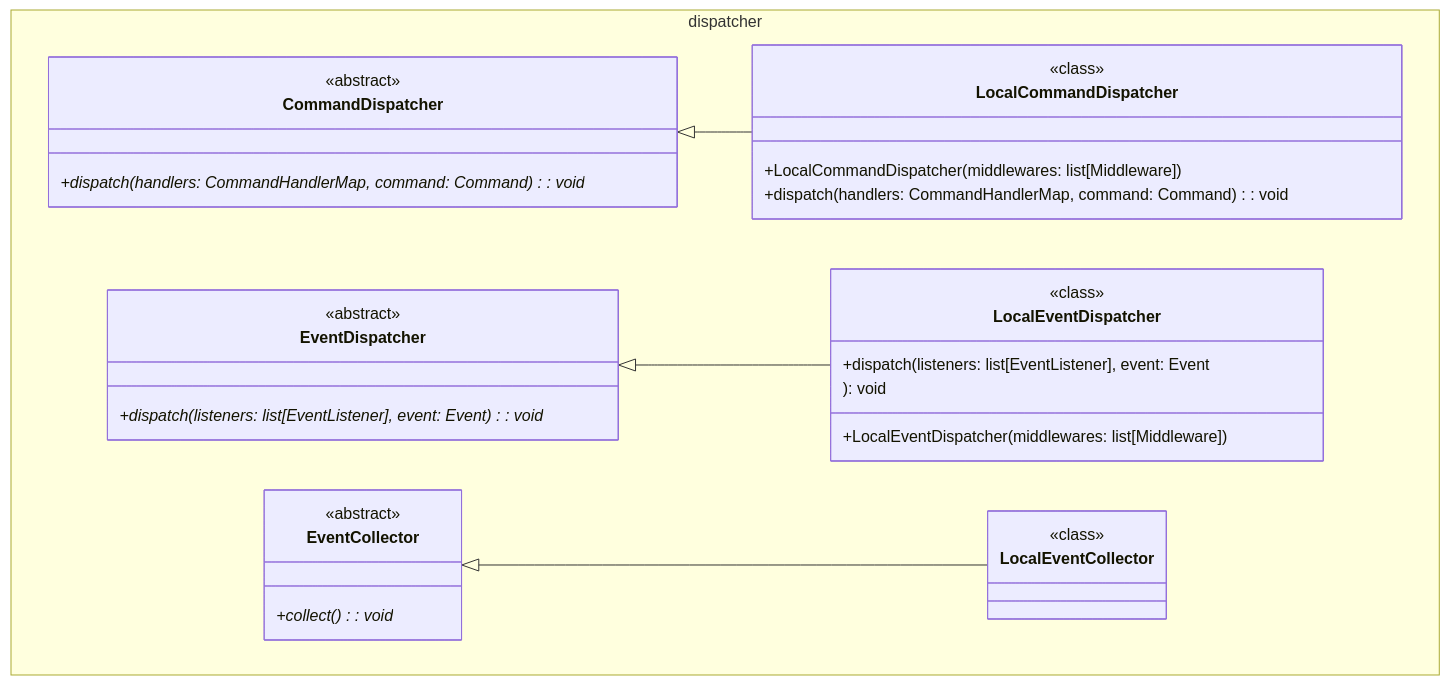
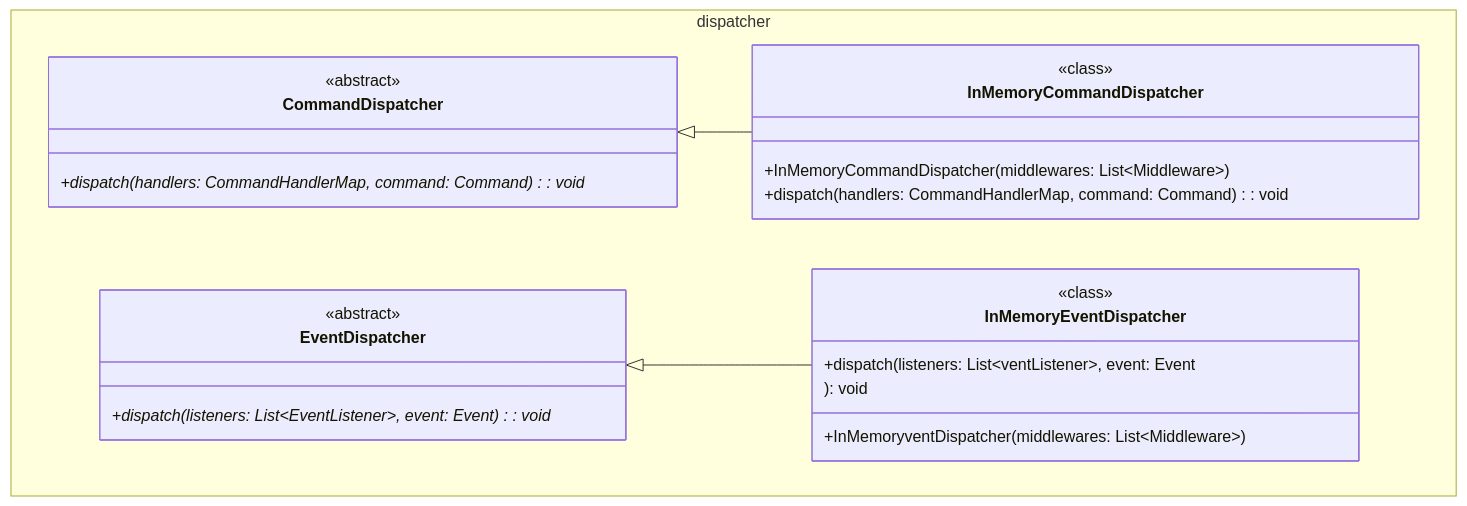
One commit to donsprallo/wemux changed the sixth of 7 diagrams in docs/classes.md. Above: the diagram before and after it, drawn with Mermaid. The commit also changed other lines of this file and 6 other files, not shown here.

````diff
--- a/docs/classes.md
+++ b/docs/classes.md
@@ -79,39 +101,29 @@
 ```mermaid
 classDiagram
     namespace dispatcher {
         class CommandDispatcher {
             <<abstract>>
             +dispatch(handlers: CommandHandlerMap, command: Command): void*
         }
 
         class EventDispatcher {
             <<abstract>>
-            +dispatch(listeners: list[EventListener], event: Event): void*
+            +dispatch(listeners: List~EventListener~, event: Event): void*
         }
 
-        class EventCollector {
-            <<abstract>>
-            +collect(): void*
-        }
-
-        class LocalEventCollector {
+        class InMemoryCommandDispatcher {
             <<class>>
-        }
-
-        class LocalCommandDispatcher {
-            <<class>>
-            +LocalCommandDispatcher(middlewares: list[Middleware])
+            +InMemoryCommandDispatcher(middlewares: List~Middleware~)
             +dispatch(handlers: CommandHandlerMap, command: Command): void
         }
 
-        class LocalEventDispatcher {
+        class InMemoryEventDispatcher {
             <<class>>
-            +LocalEventDispatcher(middlewares: list[Middleware])
-            +dispatch(listeners: list[EventListener], event: Event
+            +InMemoryventDispatcher(middlewares: List~Middleware~)
+            +dispatch(listeners: List~ventListener~, event: Event
             ): void
         }
     }
-    CommandDispatcher <|-- LocalCommandDispatcher
-    EventDispatcher <|-- LocalEventDispatcher
-    EventCollector <|-- LocalEventCollector
+    CommandDispatcher <|-- InMemoryCommandDispatcher
+    EventDispatcher <|-- InMemoryEventDispatcher
 ```
````
